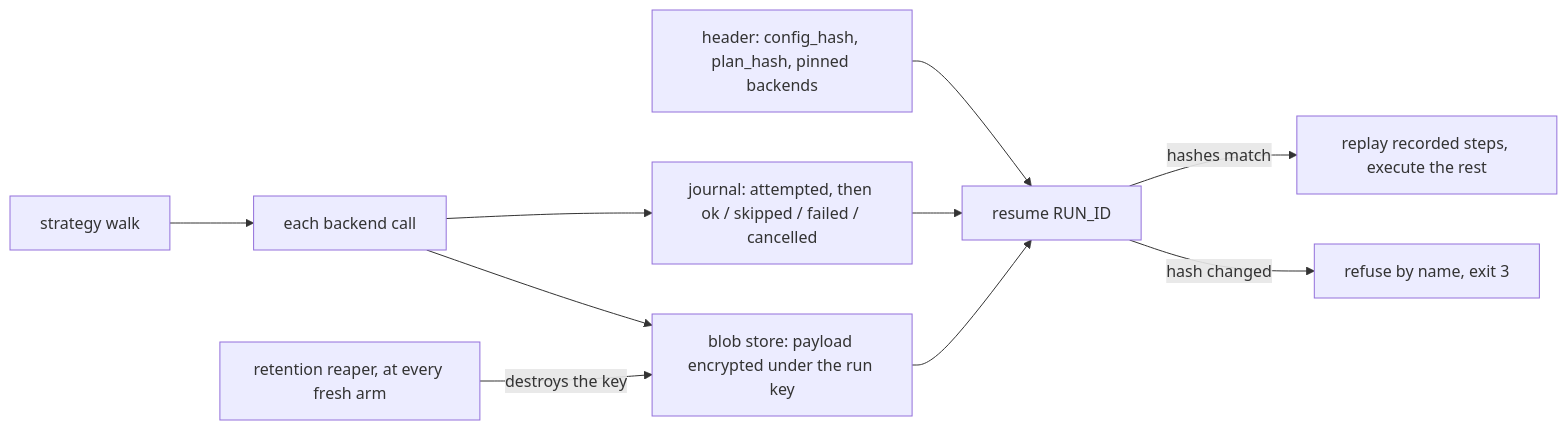
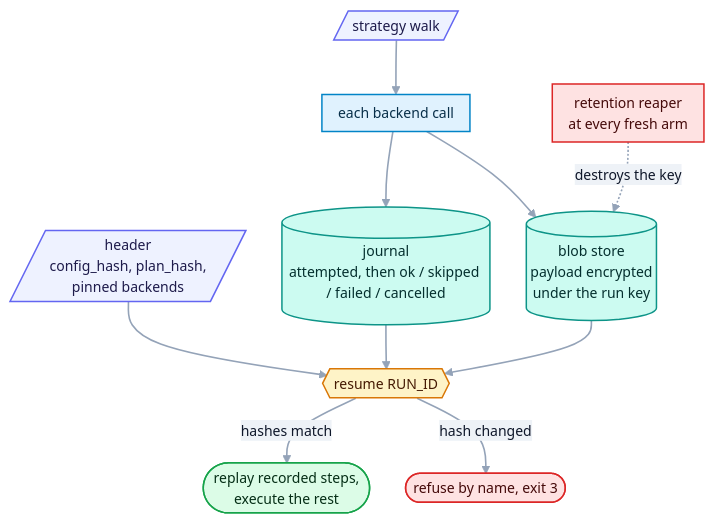
One commit to openreading-ai/openreading-core changed the diagram in src/openreading/ledger/README.md. Above: the diagram before and after it, drawn with Mermaid. The commit also changed 8 other files, not shown here.

````diff
--- a/src/openreading/ledger/README.md
+++ b/src/openreading/ledger/README.md
@@ -33,12 +33,22 @@
 ```mermaid
-flowchart LR
-  W["strategy walk"] --> X["each backend call"]
-  X --> J["journal: attempted, then ok / skipped / failed / cancelled"]
-  X --> B["blob store: payload encrypted under the run key"]
-  H["header: config_hash, plan_hash, pinned backends"] --> R["resume RUN_ID"]
-  J --> R
+%%{init: {"theme":"base","themeVariables":{"fontFamily":"ui-sans-serif, system-ui, -apple-system, Segoe UI, Roboto, sans-serif","fontSize":"14px","lineColor":"#94a3b8","textColor":"#334155","primaryTextColor":"#0f172a","edgeLabelBackground":"#eef2f7","clusterBkg":"#f8fafc","clusterBorder":"#cbd5e1","titleColor":"#334155"},"flowchart":{"curve":"basis","nodeSpacing":36,"rankSpacing":44,"padding":8,"useMaxWidth":true}}}%%
+flowchart TD
+  W[/"strategy walk"/]:::src --> X["each backend call"]:::work
+  X --> J[("journal<br>attempted, then ok / skipped / failed / cancelled")]:::store
+  X --> B[("blob store<br>payload encrypted<br>under the run key")]:::store
+  H[/"header<br>config_hash, plan_hash,<br>pinned backends"/]:::src --> R
+  J --> R{{"resume RUN_ID"}}:::gate
   B --> R
-  R -->|"hashes match"| P["replay recorded steps, execute the rest"]
-  R -->|"hash changed"| F["refuse by name, exit 3"]
-  K["retention reaper, at every fresh arm"] -->|"destroys the key"| B
+  R -- "hashes match" --> P(["replay recorded steps,<br>execute the rest"]):::good
+  R -- "hash changed" --> F(["refuse by name, exit 3"]):::bad
+  K["retention reaper<br>at every fresh arm"]:::bad -. "destroys the key" .-> B
+  classDef src fill:#eef2ff,stroke:#6366f1,stroke-width:1.5px,color:#1e1b4b;
+  classDef work fill:#e0f2fe,stroke:#0284c7,stroke-width:1.5px,color:#082f49;
+  classDef gate fill:#fef3c7,stroke:#d97706,stroke-width:1.5px,color:#451a03;
+  classDef good fill:#dcfce7,stroke:#16a34a,stroke-width:1.5px,color:#052e16;
+  classDef bad fill:#fee2e2,stroke:#dc2626,stroke-width:1.5px,color:#450a0a;
+  classDef store fill:#ccfbf1,stroke:#0d9488,stroke-width:1.5px,color:#042f2e;
+  classDef out fill:#f3e8ff,stroke:#9333ea,stroke-width:1.5px,color:#3b0764;
+  classDef hero fill:#1e293b,stroke:#94a3b8,stroke-width:2px,color:#f8fafc;
+  linkStyle default stroke-width:1.6px;
 ```
````
